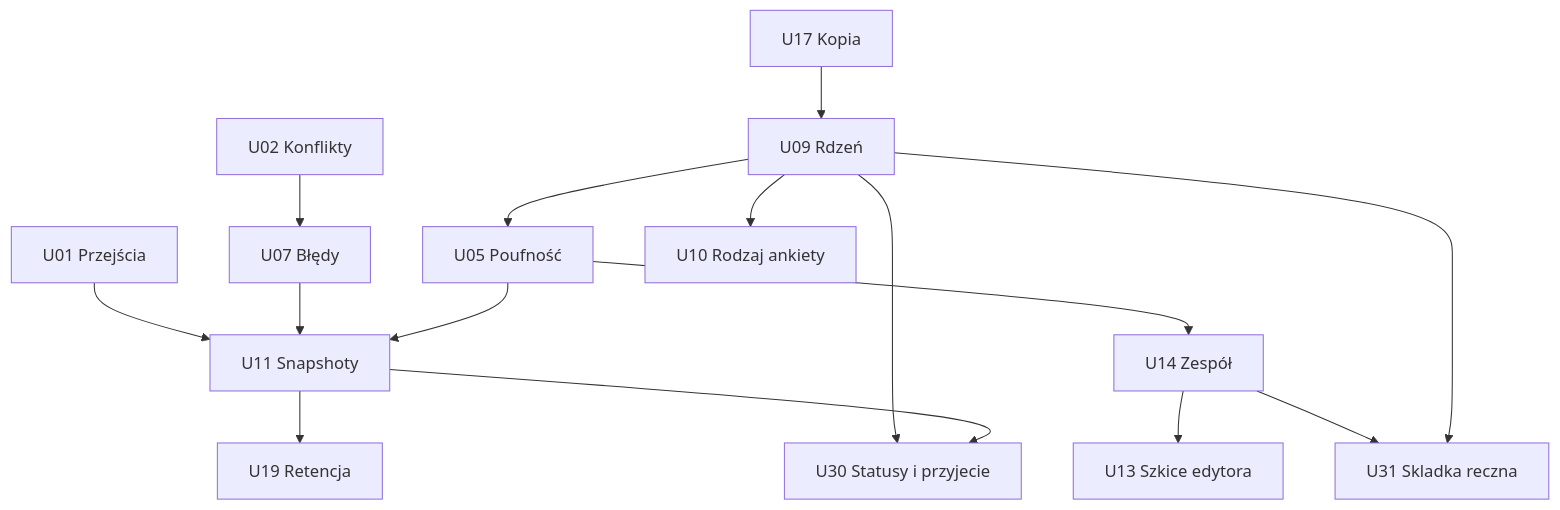
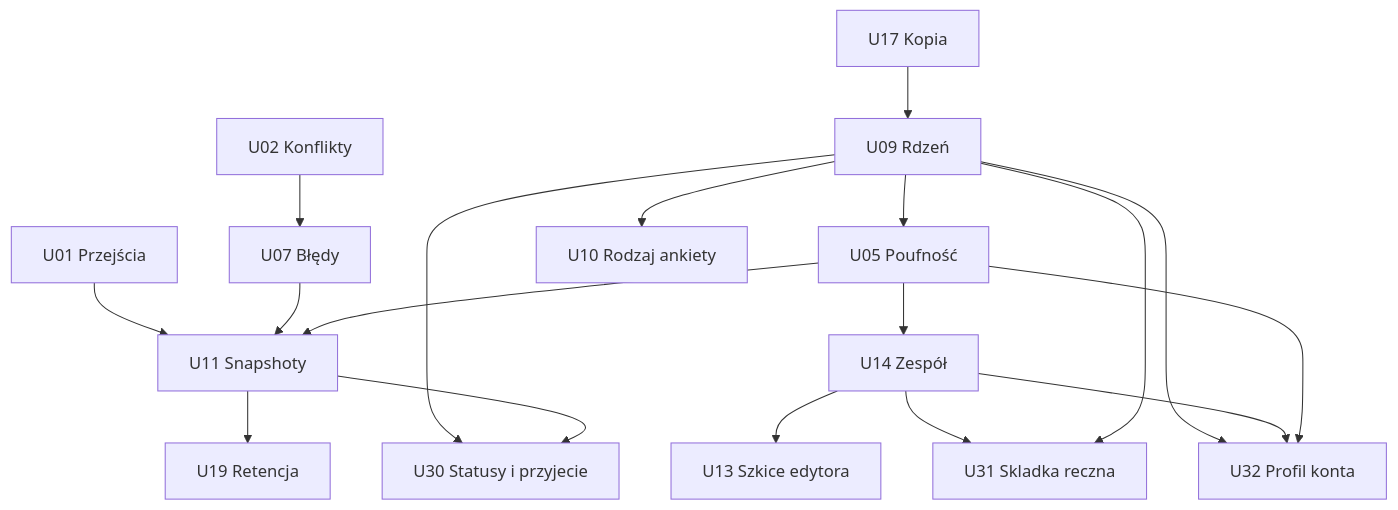
One commit to Krasny-Lis/ursunalia-character-generator changed the diagram in docs/planning/BACKLOG.md. Above: the diagram before and after it, drawn with Mermaid. The commit also changed other lines of this file, not shown here.

````diff
--- a/docs/planning/BACKLOG.md
+++ b/docs/planning/BACKLOG.md
@@ -440,17 +453,20 @@
 ```mermaid
 flowchart TD
     U01["U01 Przejścia"] --> U11["U11 Snapshoty"]
     U02["U02 Konflikty"] --> U07["U07 Błędy"]
     U07 --> U11
     U17["U17 Kopia"] --> U09["U09 Rdzeń"]
     U09 --> U05["U05 Poufność"]
     U09 --> U10["U10 Rodzaj ankiety"]
     U05 --> U11
     U05 --> U14["U14 Zespół"]
     U11 --> U19["U19 Retencja"]
     U14 --> U13["U13 Szkice edytora"]
     U09 --> U30["U30 Statusy i przyjecie"]
     U11 --> U30
     U14 --> U31["U31 Skladka reczna"]
+    U09 --> U32["U32 Profil konta"]
+    U14 --> U32
+    U05 --> U32
     U09 --> U31
 ```
````
